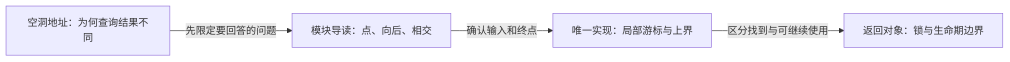
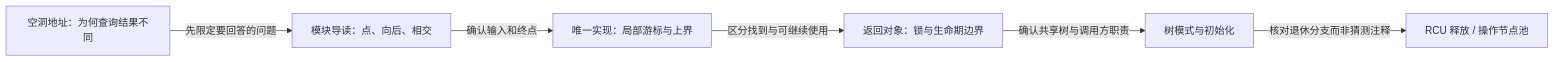
One commit to FormingSystem/linux_note changed the diagram in research/source_reading/maple_tree/大纲.md. Above: the diagram before and after it, drawn with Mermaid. The commit also changed other lines of this file and 16 other files, not shown here.

````diff
--- a/research/source_reading/maple_tree/大纲.md
+++ b/research/source_reading/maple_tree/大纲.md
@@ -18,10 +18,12 @@
 ```mermaid
 flowchart LR
     problem["空洞地址：为何查询结果不同"]
     contract["模块导读：点、向后、相交"]
     wrapper["唯一实现：局部游标与上界"]
     lifetime["返回对象：锁与生命期边界"]
     problem -->|先限定要回答的问题| contract
     contract -->|确认输入和终点| wrapper
     wrapper -->|区分找到与可继续使用| lifetime
+    lifetime -->|确认共享树与调用方职责| modes["树模式与初始化"]
+    modes -->|核对退休分支而非猜测注释| retire["RCU 释放 / 操作节点池"]
 ```
````
